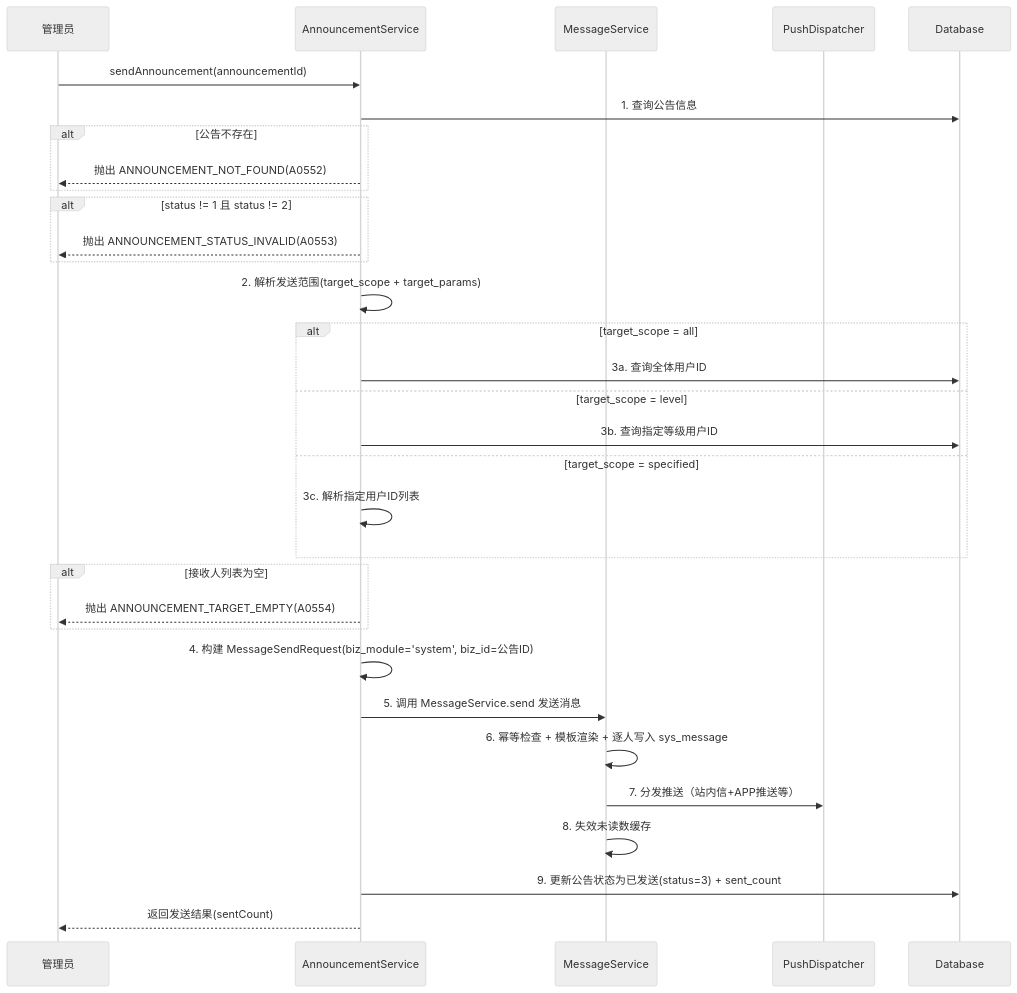
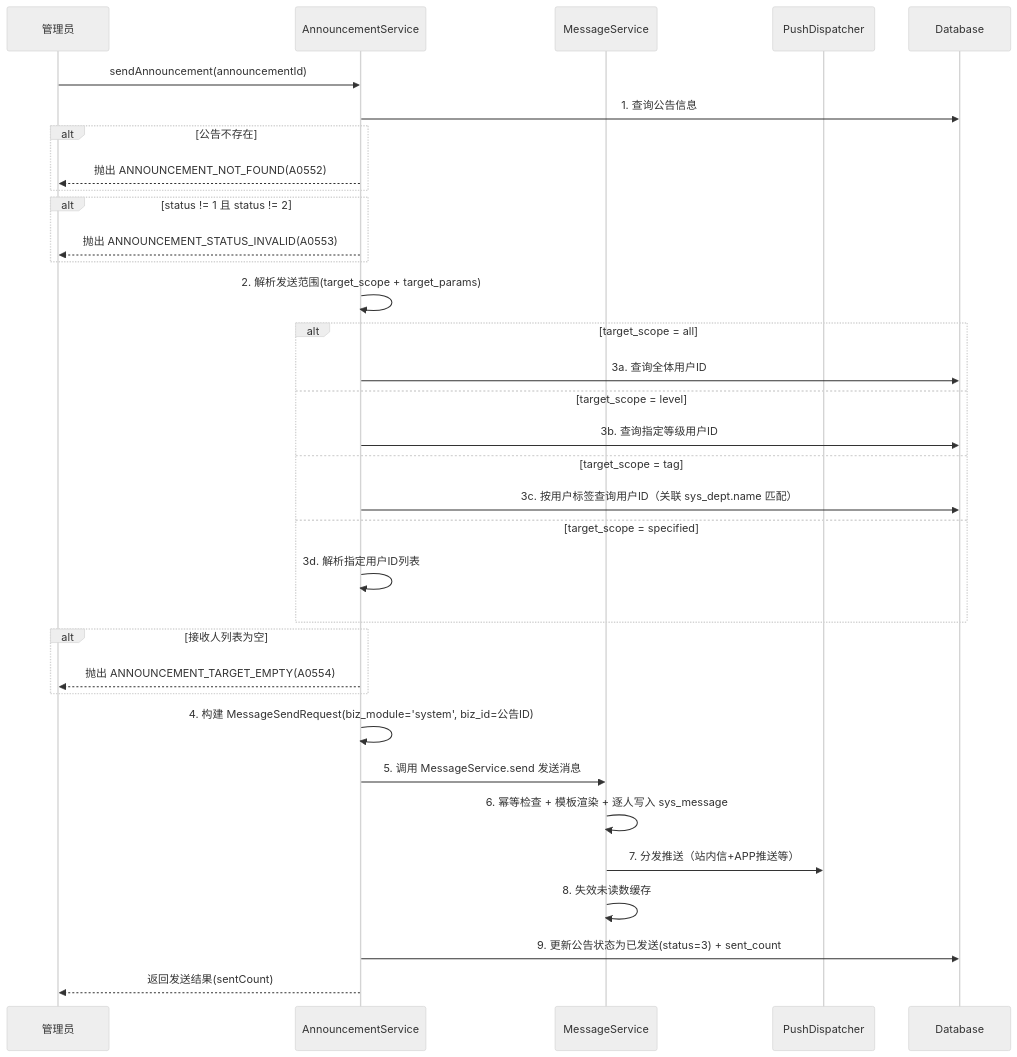
The third of 3 diagrams in dehaze-doc/docs/03-模块设计/基础模块/消息通知/后端实现.md (earthy-zinc/dehaze-system), drawn with Mermaid (neutral theme) before and after one commit. The commit also changed other lines of this file and 9 other files, not shown here.

````diff
--- a/dehaze-doc/docs/03-模块设计/基础模块/消息通知/后端实现.md
+++ b/dehaze-doc/docs/03-模块设计/基础模块/消息通知/后端实现.md
@@ -281,35 +274,37 @@
 ```mermaid
 sequenceDiagram
     participant Admin as 管理员
     participant AS as AnnouncementService
     participant MS as MessageService
     participant Dispatcher as PushDispatcher
     participant DB as Database
 
     Admin->>AS: sendAnnouncement(announcementId)
     AS->>DB: 1. 查询公告信息
     alt 公告不存在
         AS-->>Admin: 抛出 ANNOUNCEMENT_NOT_FOUND(A0552)
     end
     alt status != 1 且 status != 2
         AS-->>Admin: 抛出 ANNOUNCEMENT_STATUS_INVALID(A0553)
     end
     AS->>AS: 2. 解析发送范围(target_scope + target_params)
     alt target_scope = all
         AS->>DB: 3a. 查询全体用户ID
     else target_scope = level
         AS->>DB: 3b. 查询指定等级用户ID
+    else target_scope = tag
+        AS->>DB: 3c. 按用户标签查询用户ID（关联 sys_dept.name 匹配）
     else target_scope = specified
-        AS->>AS: 3c. 解析指定用户ID列表
+        AS->>AS: 3d. 解析指定用户ID列表
     end
     alt 接收人列表为空
         AS-->>Admin: 抛出 ANNOUNCEMENT_TARGET_EMPTY(A0554)
     end
     AS->>AS: 4. 构建 MessageSendRequest(biz_module='system', biz_id=公告ID)
     AS->>MS: 5. 调用 MessageService.send 发送消息
     MS->>MS: 6. 幂等检查 + 模板渲染 + 逐人写入 sys_message
     MS->>Dispatcher: 7. 分发推送（站内信+APP推送等）
     MS->>MS: 8. 失效未读数缓存
     AS->>DB: 9. 更新公告状态为已发送(status=3) + sent_count
     AS-->>Admin: 返回发送结果(sentCount)
 ```
````
